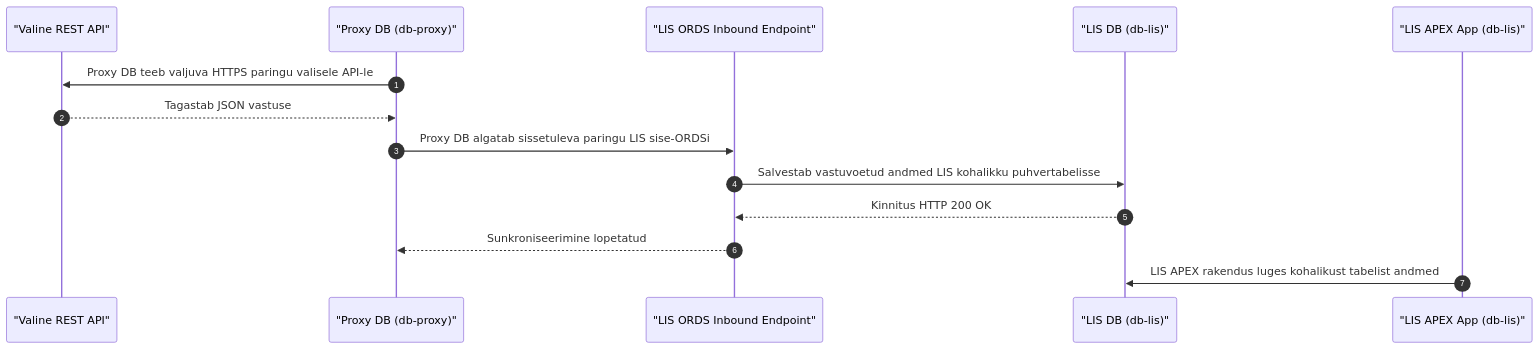
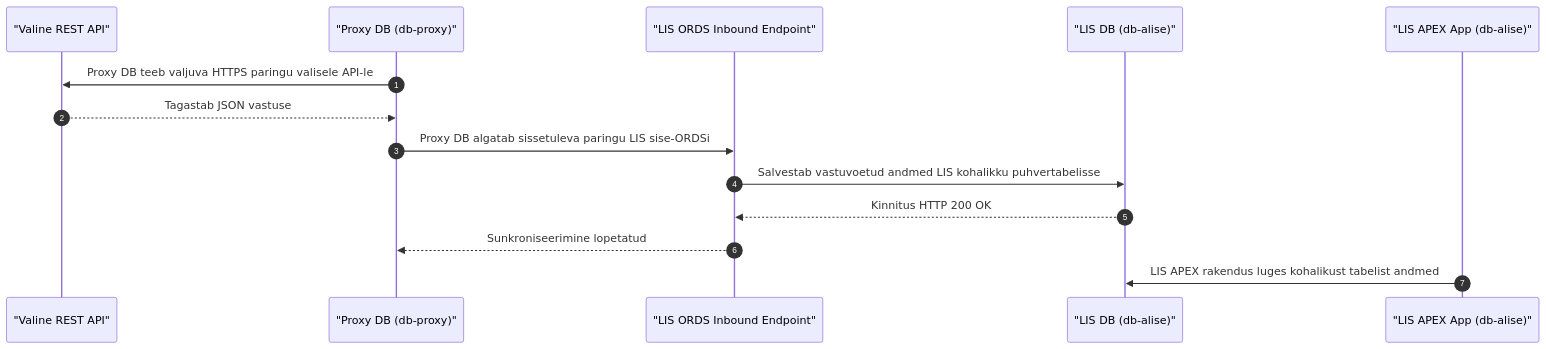
One commit to alahe/oracle-devops-platform changed the fourth of 4 diagrams in docs/db-profiles-and-topology.md. Above: the diagram before and after it, drawn with Mermaid. The commit also changed other lines of this file and 1225 other files, not shown here.

First line of the commit message:
feat(apexlang): integrate APEXlang DSL, Forms-to-APEX migration blueprint, and multi-lingual architecture

````diff
--- a/docs/db-profiles-and-topology.md
+++ b/docs/db-profiles-and-topology.md
@@ -209,17 +209,17 @@
 ```mermaid
 sequenceDiagram
     autonumber
     participant ExtREST as "Valine REST API"
     participant ProxyDB as "Proxy DB (db-proxy)"
     participant LisORDS as "LIS ORDS Inbound Endpoint"
-    participant LisDB as "LIS DB (db-lis)"
-    participant LisAPEX as "LIS APEX App (db-lis)"
+    participant LisDB as "LIS DB (db-alise)"
+    participant LisAPEX as "LIS APEX App (db-alise)"
 
     ProxyDB->>ExtREST: Proxy DB teeb valjuva HTTPS paringu valisele API-le
     ExtREST-->>ProxyDB: Tagastab JSON vastuse
     ProxyDB->>LisORDS: Proxy DB algatab sissetuleva paringu LIS sise-ORDSi
     LisORDS->>LisDB: Salvestab vastuvoetud andmed LIS kohalikku puhvertabelisse
     LisDB-->>LisORDS: Kinnitus HTTP 200 OK
     LisORDS-->>ProxyDB: Sunkroniseerimine lopetatud
     LisAPEX->>LisDB: LIS APEX rakendus luges kohalikust tabelist andmed
 ```
````
